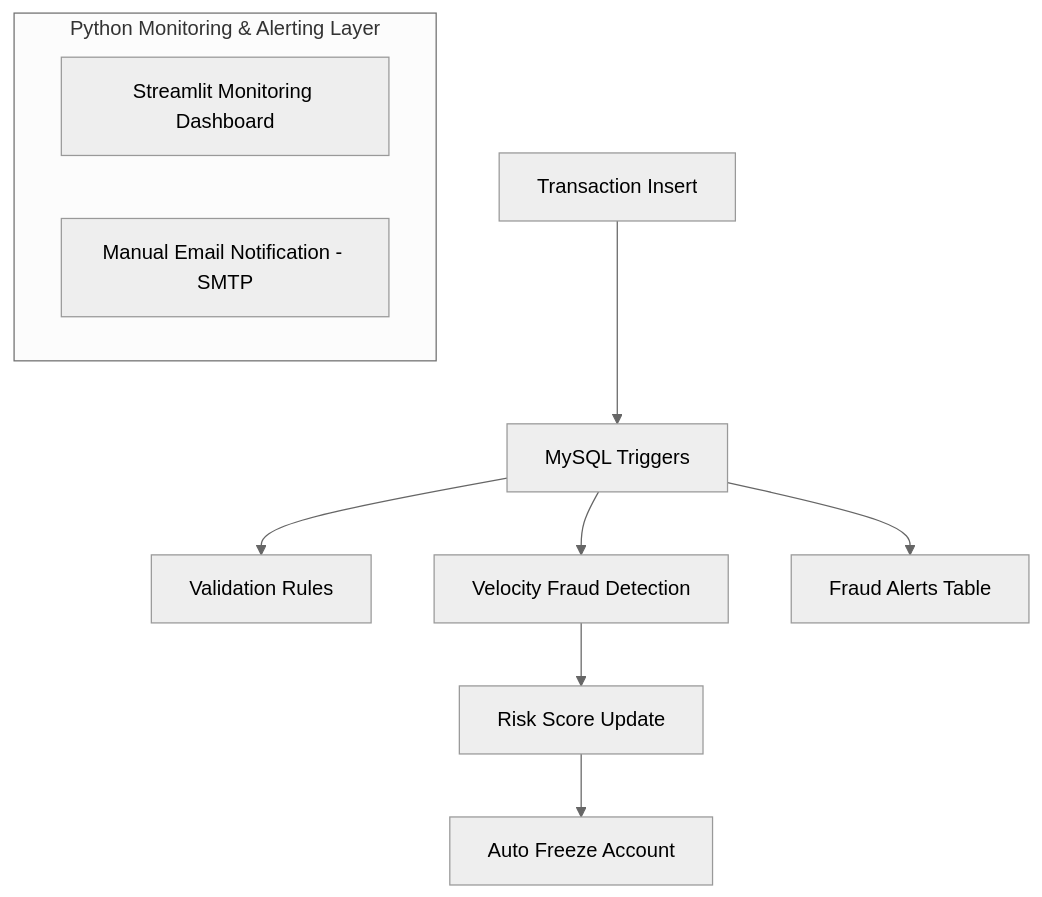
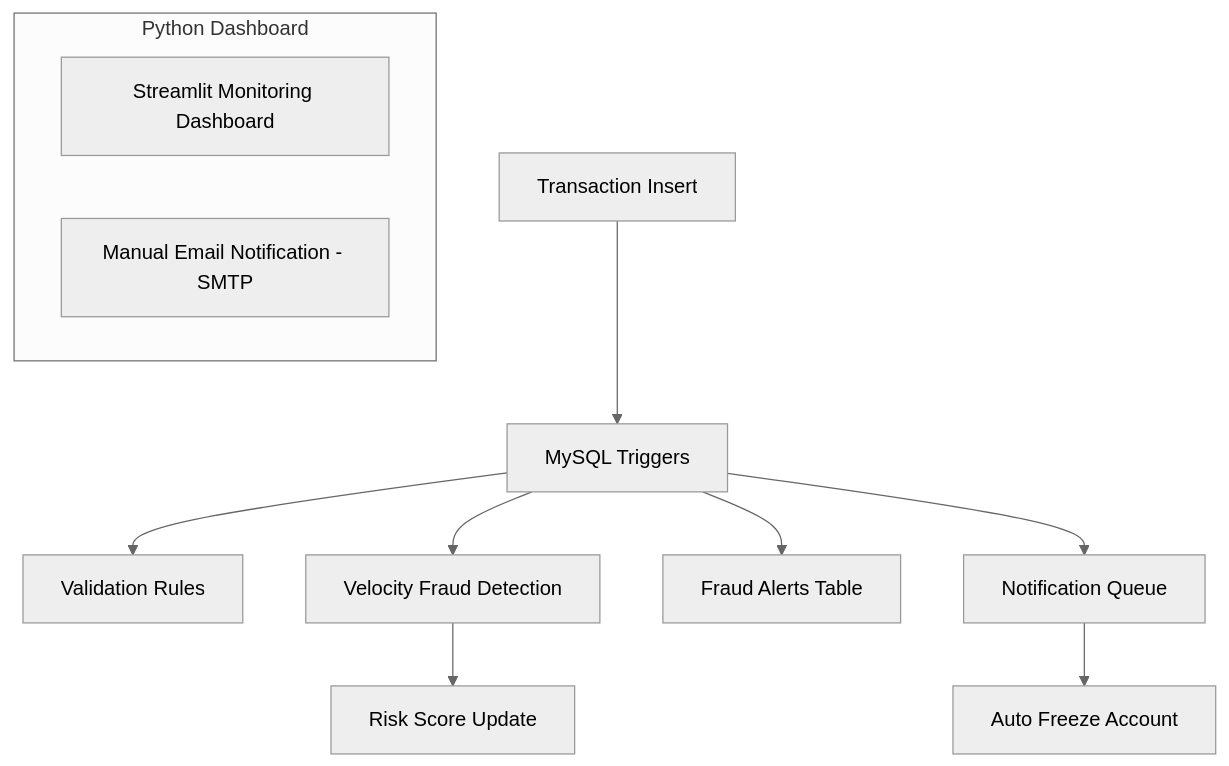
The diagram in README.md (kishorem1206/Database-Driven-Fraud-Detection-System), drawn with Mermaid (neutral theme) before and after one commit.

Commit message:
Modified System architecture

````diff
--- a/README.md
+++ b/README.md
@@ -35,22 +35,22 @@
 ```mermaid
 flowchart TD
 
     %% Core Database Layer
     A[Transaction Insert] --> B[MySQL Triggers]
 
     B --> C[Validation Rules]
     B --> D[Velocity Fraud Detection]
     B --> E[Fraud Alerts Table]
-
-    D --> F[Risk Score Update]
-    F --> G[Auto Freeze Account]
+    B --> F[Notification Queue]
+    D --> G[Risk Score Update]
+    F --> H[Auto Freeze Account]
 
     %% -------------------------
     %% Python Layer (Independent)
     %% -------------------------
-    subgraph Python_Consumers["Python Monitoring & Alerting Layer"]
-        H[Streamlit Monitoring Dashboard]
-        I[Manual Email Notification - SMTP]
+    subgraph Python_Consumers["Python Dashboard"]
+        I[Streamlit Monitoring Dashboard]
+        J[Manual Email Notification - SMTP]
     end
 
 ```
````
